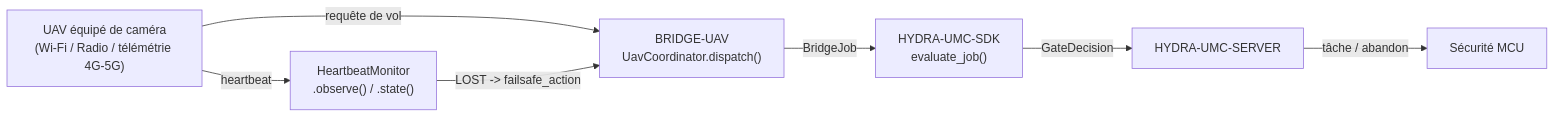
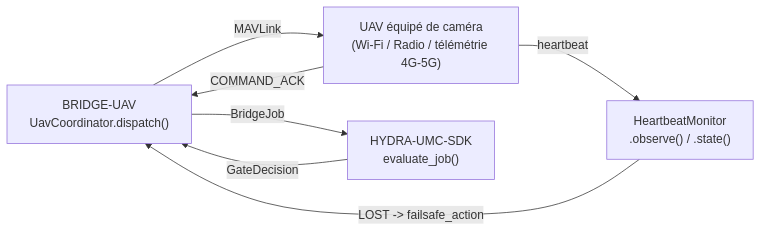
One commit to JuanenRac/HYDRA-UMC-BRIDGE-UAV changed the diagram in README_fra.md. Above: the diagram before and after it, drawn with Mermaid. The commit also changed other lines of this file and 23 other files, not shown here.

Commit message:
Explicit altitude frame and COMMAND_INT for waypoints, flight envelope, safe-state requests that always get through, DISARM and ACK matching (0.1.1)

````diff
--- a/README_fra.md
+++ b/README_fra.md
@@ -50,9 +51,9 @@
 ```mermaid
 flowchart LR
-    UAV["UAV équipé de caméra<br/>(Wi-Fi / Radio / télémétrie 4G-5G)"] -- "requête de vol" --> BRIDGE["BRIDGE-UAV<br/>UavCoordinator.dispatch()"]
+    BRIDGE["BRIDGE-UAV<br/>UavCoordinator.dispatch()"] -- "MAVLink" --> UAV["UAV équipé de caméra<br/>(Wi-Fi / Radio / télémétrie 4G-5G)"]
+    UAV -- "COMMAND_ACK" --> BRIDGE
     UAV -- "heartbeat" --> HB["HeartbeatMonitor<br/>.observe() / .state()"]
     HB -- "LOST -> failsafe_action" --> BRIDGE
     BRIDGE -- BridgeJob --> SDK["HYDRA-UMC-SDK<br/>evaluate_job()"]
-    SDK -- GateDecision --> SERVER["HYDRA-UMC-SERVER"]
-    SERVER -- "tâche / abandon" --> MCU["Sécurité MCU"]
+    SDK -- GateDecision --> BRIDGE
 ```
````
